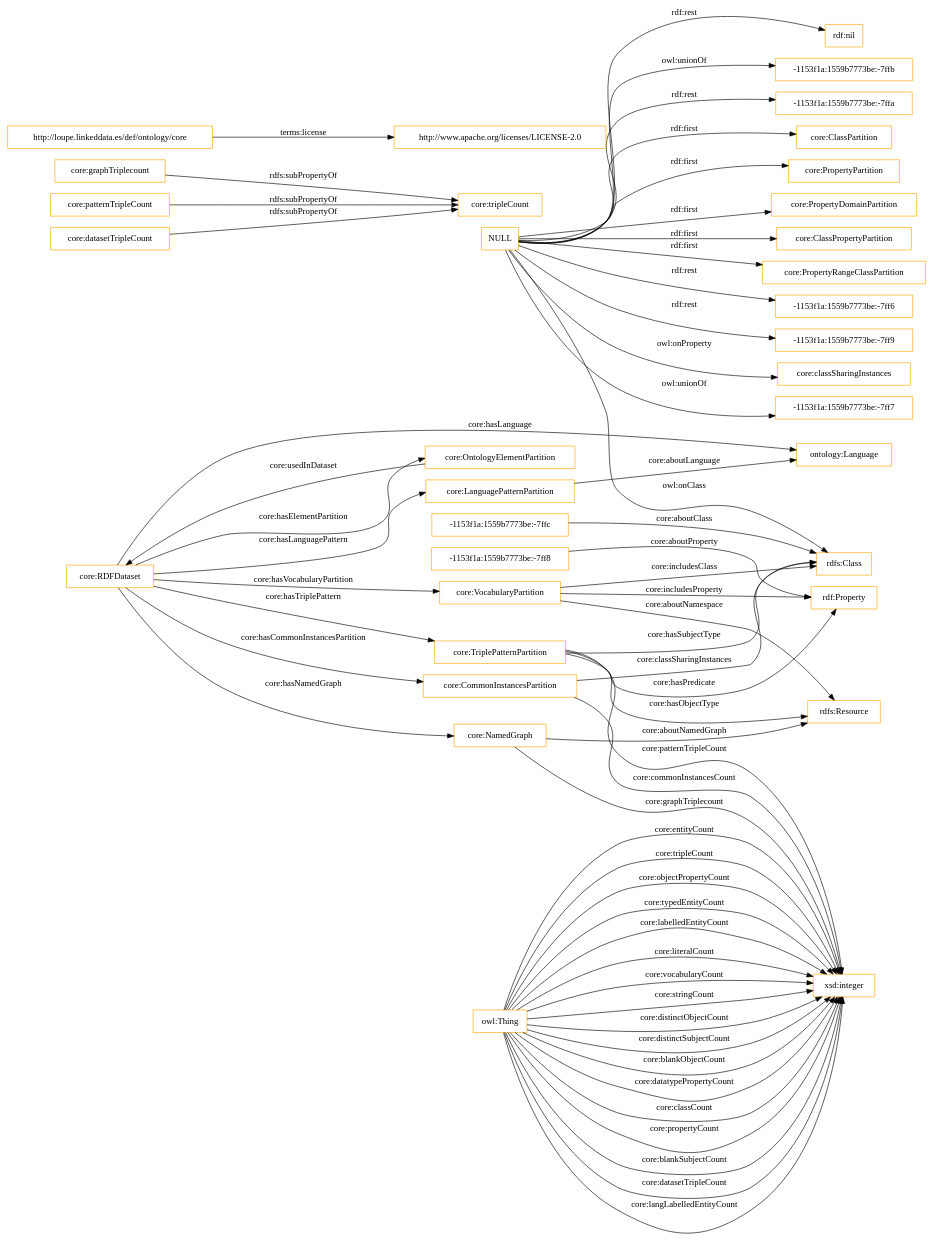
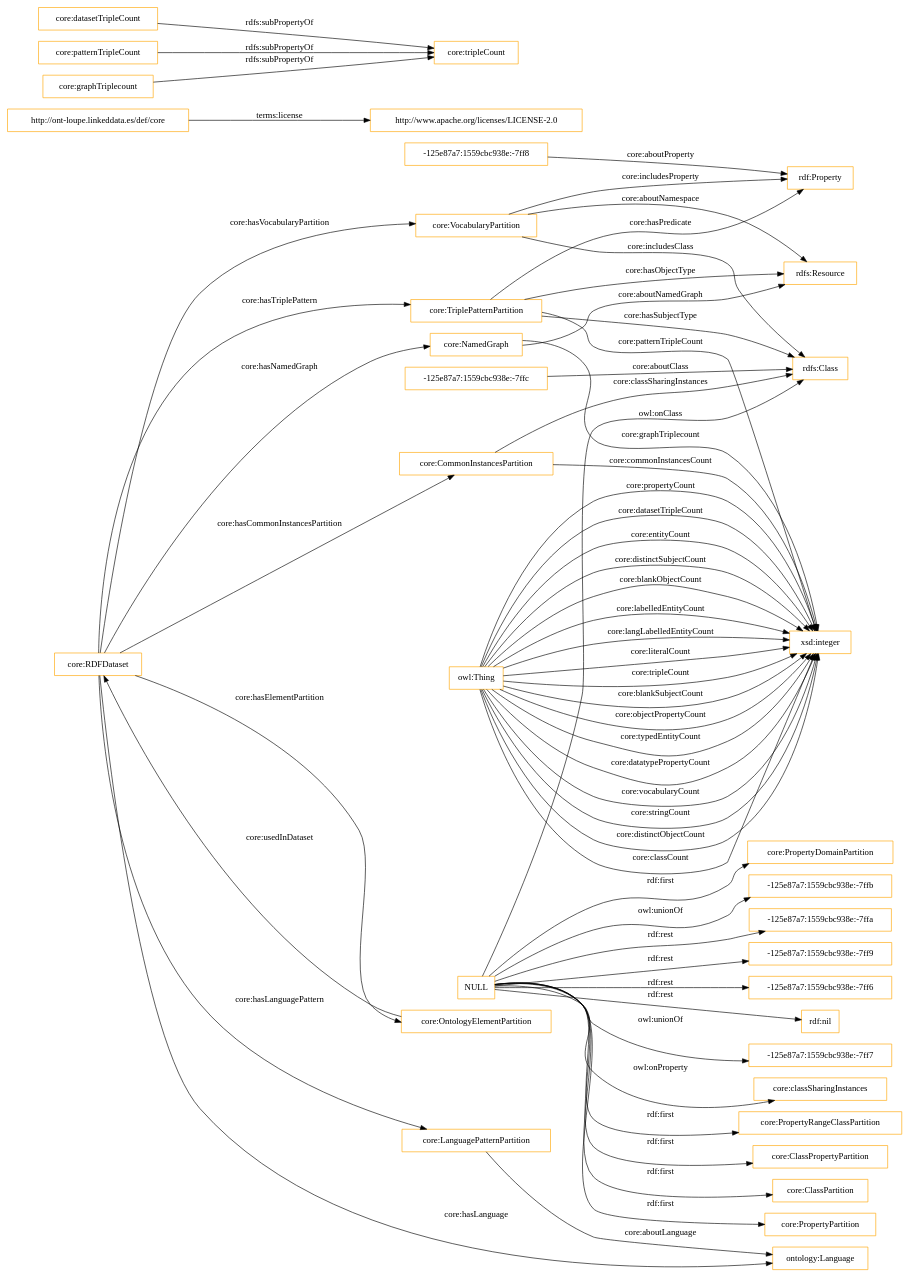
The diagram in OnToology/src/ontology/loupe-ontology.owl/diagrams/ar2dtool-class/loupe-ontology.owl.png.dot (nandana/loupe-ontology), drawn with Graphviz before and after one commit. The commit also changed 29 other files, not shown here.

```diff
--- a/OnToology/src/ontology/loupe-ontology.owl/diagrams/ar2dtool-class/loupe-ontology.owl.png.dot
+++ b/OnToology/src/ontology/loupe-ontology.owl/diagrams/ar2dtool-class/loupe-ontology.owl.png.dot
@@ -1,62 +1,62 @@
 digraph ar2dtool_diagram { 
 rankdir=LR;
 size="1501"
-node [shape = rectangle, color="orange"]; "core:ClassPartition" "core:PropertyPartition" "core:PropertyDomainPartition" "core:OntologyElementPartition" "core:CommonInstancesPartition" "rdfs:Resource" "core:LanguagePatternPartition" "core:NamedGraph" "rdfs:Class" "-1153f1a:1559b7773be:-7ffc" "-1153f1a:1559b7773be:-7ff8" "rdf:Property" "core:TriplePatternPartition" "core:ClassPropertyPartition" "ontology:Language" "core:VocabularyPartition" "core:PropertyRangeClassPartition" "core:RDFDataset" ; /*classes style*/
-	"core:graphTriplecount" -> "core:tripleCount" [ label = "rdfs:subPropertyOf" ];
+node [shape = rectangle, color="orange"]; "-125e87a7:1559cbc938e:-7ff8" "core:RDFDataset" "core:PropertyRangeClassPartition" "core:OntologyElementPartition" "core:ClassPropertyPartition" "rdfs:Resource" "core:ClassPartition" "core:CommonInstancesPartition" "core:NamedGraph" "rdfs:Class" "core:LanguagePatternPartition" "rdf:Property" "-125e87a7:1559cbc938e:-7ffc" "core:PropertyPartition" "core:TriplePatternPartition" "ontology:Language" "core:VocabularyPartition" "core:PropertyDomainPartition" ; /*classes style*/
+	"http://ont-loupe.linkeddata.es/def/core" -> "http://www.apache.org/licenses/LICENSE-2.0" [ label = "terms:license" ];
+	"core:datasetTripleCount" -> "core:tripleCount" [ label = "rdfs:subPropertyOf" ];
 	"core:patternTripleCount" -> "core:tripleCount" [ label = "rdfs:subPropertyOf" ];
-	"NULL" -> "-1153f1a:1559b7773be:-7ff6" [ label = "rdf:rest" ];
-	"NULL" -> "-1153f1a:1559b7773be:-7ff9" [ label = "rdf:rest" ];
 	"NULL" -> "core:PropertyPartition" [ label = "rdf:first" ];
-	"NULL" -> "core:classSharingInstances" [ label = "owl:onProperty" ];
+	"NULL" -> "-125e87a7:1559cbc938e:-7ffb" [ label = "owl:unionOf" ];
 	"NULL" -> "core:PropertyDomainPartition" [ label = "rdf:first" ];
 	"NULL" -> "core:PropertyRangeClassPartition" [ label = "rdf:first" ];
-	"NULL" -> "-1153f1a:1559b7773be:-7ff7" [ label = "owl:unionOf" ];
+	"NULL" -> "-125e87a7:1559cbc938e:-7ffa" [ label = "rdf:rest" ];
+	"NULL" -> "core:ClassPartition" [ label = "rdf:first" ];
+	"NULL" -> "-125e87a7:1559cbc938e:-7ff9" [ label = "rdf:rest" ];
+	"NULL" -> "-125e87a7:1559cbc938e:-7ff6" [ label = "rdf:rest" ];
 	"NULL" -> "rdf:nil" [ label = "rdf:rest" ];
 	"NULL" -> "rdfs:Class" [ label = "owl:onClass" ];
+	"NULL" -> "-125e87a7:1559cbc938e:-7ff7" [ label = "owl:unionOf" ];
 	"NULL" -> "core:ClassPropertyPartition" [ label = "rdf:first" ];
-	"NULL" -> "core:ClassPartition" [ label = "rdf:first" ];
-	"NULL" -> "-1153f1a:1559b7773be:-7ffb" [ label = "owl:unionOf" ];
-	"NULL" -> "-1153f1a:1559b7773be:-7ffa" [ label = "rdf:rest" ];
-	"core:datasetTripleCount" -> "core:tripleCount" [ label = "rdfs:subPropertyOf" ];
-	"http://loupe.linkeddata.es/def/ontology/core" -> "http://www.apache.org/licenses/LICENSE-2.0" [ label = "terms:license" ];
+	"NULL" -> "core:classSharingInstances" [ label = "owl:onProperty" ];
+	"core:graphTriplecount" -> "core:tripleCount" [ label = "rdfs:subPropertyOf" ];
+	"core:VocabularyPartition" -> "rdf:Property" [ label = "core:includesProperty" ];
+	"owl:Thing" -> "xsd:integer" [ label = "core:tripleCount" ];
+	"owl:Thing" -> "xsd:integer" [ label = "core:blankSubjectCount" ];
+	"owl:Thing" -> "xsd:integer" [ label = "core:objectPropertyCount" ];
+	"core:CommonInstancesPartition" -> "xsd:integer" [ label = "core:commonInstancesCount" ];
+	"core:NamedGraph" -> "xsd:integer" [ label = "core:graphTriplecount" ];
+	"core:RDFDataset" -> "core:TriplePatternPartition" [ label = "core:hasTriplePattern" ];
+	"owl:Thing" -> "xsd:integer" [ label = "core:typedEntityCount" ];
+	"core:RDFDataset" -> "core:VocabularyPartition" [ label = "core:hasVocabularyPartition" ];
+	"core:NamedGraph" -> "rdfs:Resource" [ label = "core:aboutNamedGraph" ];
+	"core:LanguagePatternPartition" -> "ontology:Language" [ label = "core:aboutLanguage" ];
+	"owl:Thing" -> "xsd:integer" [ label = "core:datatypePropertyCount" ];
+	"core:VocabularyPartition" -> "rdfs:Resource" [ label = "core:aboutNamespace" ];
+	"owl:Thing" -> "xsd:integer" [ label = "core:vocabularyCount" ];
+	"core:RDFDataset" -> "ontology:Language" [ label = "core:hasLanguage" ];
+	"core:RDFDataset" -> "core:LanguagePatternPartition" [ label = "core:hasLanguagePattern" ];
+	"-125e87a7:1559cbc938e:-7ff8" -> "rdf:Property" [ label = "core:aboutProperty" ];
+	"owl:Thing" -> "xsd:integer" [ label = "core:stringCount" ];
+	"-125e87a7:1559cbc938e:-7ffc" -> "rdfs:Class" [ label = "core:aboutClass" ];
+	"owl:Thing" -> "xsd:integer" [ label = "core:distinctObjectCount" ];
+	"core:TriplePatternPartition" -> "rdfs:Resource" [ label = "core:hasObjectType" ];
+	"owl:Thing" -> "xsd:integer" [ label = "core:classCount" ];
+	"core:TriplePatternPartition" -> "xsd:integer" [ label = "core:patternTripleCount" ];
+	"core:VocabularyPartition" -> "rdfs:Class" [ label = "core:includesClass" ];
+	"owl:Thing" -> "xsd:integer" [ label = "core:propertyCount" ];
+	"core:CommonInstancesPartition" -> "rdfs:Class" [ label = "core:classSharingInstances" ];
 	"owl:Thing" -> "xsd:integer" [ label = "core:datasetTripleCount" ];
+	"owl:Thing" -> "xsd:integer" [ label = "core:entityCount" ];
+	"core:OntologyElementPartition" -> "core:RDFDataset" [ label = "core:usedInDataset" ];
+	"core:TriplePatternPartition" -> "rdf:Property" [ label = "core:hasPredicate" ];
+	"core:RDFDataset" -> "core:CommonInstancesPartition" [ label = "core:hasCommonInstancesPartition" ];
+	"owl:Thing" -> "xsd:integer" [ label = "core:distinctSubjectCount" ];
+	"core:RDFDataset" -> "core:OntologyElementPartition" [ label = "core:hasElementPartition" ];
+	"owl:Thing" -> "xsd:integer" [ label = "core:blankObjectCount" ];
+	"core:TriplePatternPartition" -> "rdfs:Class" [ label = "core:hasSubjectType" ];
 	"core:RDFDataset" -> "core:NamedGraph" [ label = "core:hasNamedGraph" ];
+	"owl:Thing" -> "xsd:integer" [ label = "core:labelledEntityCount" ];
 	"owl:Thing" -> "xsd:integer" [ label = "core:langLabelledEntityCount" ];
-	"core:NamedGraph" -> "rdfs:Resource" [ label = "core:aboutNamedGraph" ];
-	"owl:Thing" -> "xsd:integer" [ label = "core:entityCount" ];
-	"owl:Thing" -> "xsd:integer" [ label = "core:tripleCount" ];
-	"core:CommonInstancesPartition" -> "xsd:integer" [ label = "core:commonInstancesCount" ];
-	"owl:Thing" -> "xsd:integer" [ label = "core:objectPropertyCount" ];
-	"owl:Thing" -> "xsd:integer" [ label = "core:typedEntityCount" ];
-	"owl:Thing" -> "xsd:integer" [ label = "core:labelledEntityCount" ];
 	"owl:Thing" -> "xsd:integer" [ label = "core:literalCount" ];
-	"owl:Thing" -> "xsd:integer" [ label = "core:vocabularyCount" ];
-	"owl:Thing" -> "xsd:integer" [ label = "core:stringCount" ];
-	"core:TriplePatternPartition" -> "xsd:integer" [ label = "core:patternTripleCount" ];
-	"core:VocabularyPartition" -> "rdfs:Resource" [ label = "core:aboutNamespace" ];
-	"core:RDFDataset" -> "core:CommonInstancesPartition" [ label = "core:hasCommonInstancesPartition" ];
-	"owl:Thing" -> "xsd:integer" [ label = "core:distinctObjectCount" ];
-	"owl:Thing" -> "xsd:integer" [ label = "core:distinctSubjectCount" ];
-	"core:TriplePatternPartition" -> "rdfs:Class" [ label = "core:hasSubjectType" ];
-	"core:VocabularyPartition" -> "rdfs:Class" [ label = "core:includesClass" ];
-	"core:CommonInstancesPartition" -> "rdfs:Class" [ label = "core:classSharingInstances" ];
-	"core:VocabularyPartition" -> "rdf:Property" [ label = "core:includesProperty" ];
-	"core:TriplePatternPartition" -> "rdfs:Resource" [ label = "core:hasObjectType" ];
-	"core:RDFDataset" -> "core:VocabularyPartition" [ label = "core:hasVocabularyPartition" ];
-	"core:OntologyElementPartition" -> "core:RDFDataset" [ label = "core:usedInDataset" ];
-	"core:LanguagePatternPartition" -> "ontology:Language" [ label = "core:aboutLanguage" ];
-	"owl:Thing" -> "xsd:integer" [ label = "core:blankObjectCount" ];
-	"core:NamedGraph" -> "xsd:integer" [ label = "core:graphTriplecount" ];
-	"owl:Thing" -> "xsd:integer" [ label = "core:datatypePropertyCount" ];
-	"owl:Thing" -> "xsd:integer" [ label = "core:classCount" ];
-	"core:TriplePatternPartition" -> "rdf:Property" [ label = "core:hasPredicate" ];
-	"-1153f1a:1559b7773be:-7ff8" -> "rdf:Property" [ label = "core:aboutProperty" ];
-	"owl:Thing" -> "xsd:integer" [ label = "core:propertyCount" ];
-	"core:RDFDataset" -> "core:LanguagePatternPartition" [ label = "core:hasLanguagePattern" ];
-	"owl:Thing" -> "xsd:integer" [ label = "core:blankSubjectCount" ];
-	"core:RDFDataset" -> "core:OntologyElementPartition" [ label = "core:hasElementPartition" ];
-	"core:RDFDataset" -> "ontology:Language" [ label = "core:hasLanguage" ];
-	"core:RDFDataset" -> "core:TriplePatternPartition" [ label = "core:hasTriplePattern" ];
-	"-1153f1a:1559b7773be:-7ffc" -> "rdfs:Class" [ label = "core:aboutClass" ];
 
 }
```
